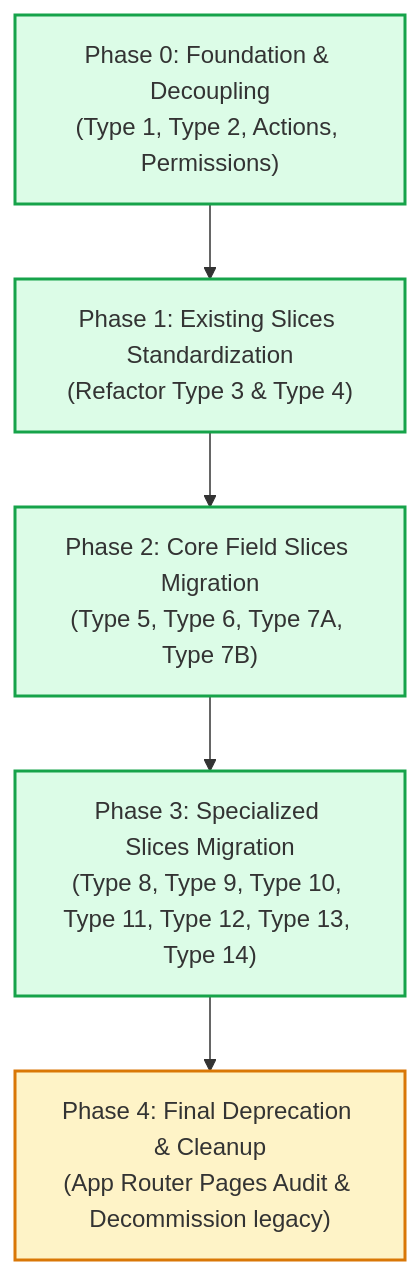
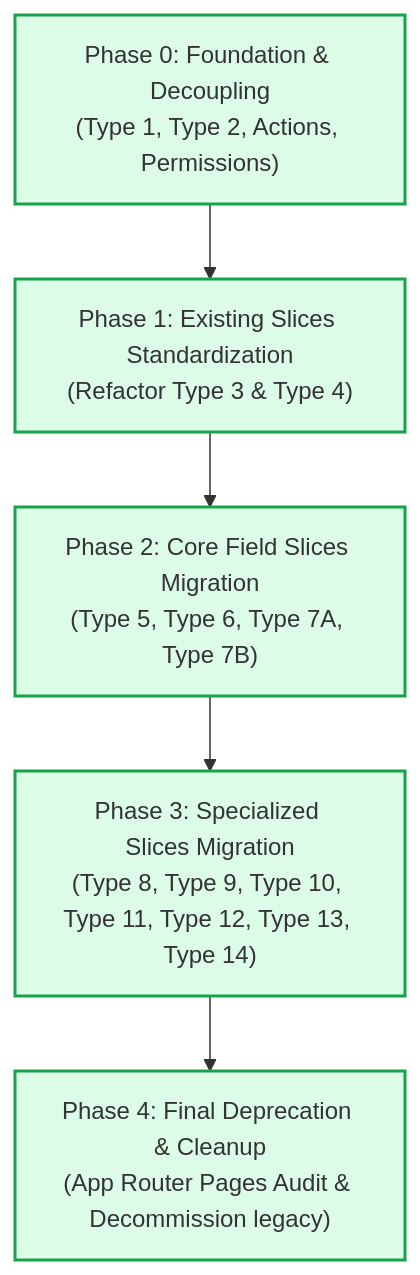
One commit to bankhk10/crm-bank changed the diagram in modules/activity/docs/ROADMAP.md. Above: the diagram before and after it, drawn with Mermaid. The commit also changed other lines of this file and 355 other files, not shown here.

````diff
--- a/modules/activity/docs/ROADMAP.md
+++ b/modules/activity/docs/ROADMAP.md
@@ -28,14 +29,14 @@
 ```mermaid
 flowchart TD
     classDef done fill:#dcfce7,stroke:#16a34a,stroke-width:2px;
     classDef current fill:#fef3c7,stroke:#d97706,stroke-width:2px;
     classDef pending fill:#f1f5f9,stroke:#94a3b8,stroke-width:2px;
 
     P0["Phase 0: Foundation & Decoupling<br/>(Type 1, Type 2, Actions, Permissions)"]:::done
     P1["Phase 1: Existing Slices Standardization<br/>(Refactor Type 3 & Type 4)"]:::done
     P2["Phase 2: Core Field Slices Migration<br/>(Type 5, Type 6, Type 7A, Type 7B)"]:::done
     P3["Phase 3: Specialized Slices Migration<br/>(Type 8, Type 9, Type 10, Type 11, Type 12, Type 13, Type 14)"]:::done
-    P4["Phase 4: Final Deprecation & Cleanup<br/>(App Router Pages Audit & Decommission legacy)"]:::current
+    P4["Phase 4: Final Deprecation & Cleanup<br/>(App Router Pages Audit & Decommission legacy)"]:::done
 
     P0 --> P1 --> P2 --> P3 --> P4
 ```
````
